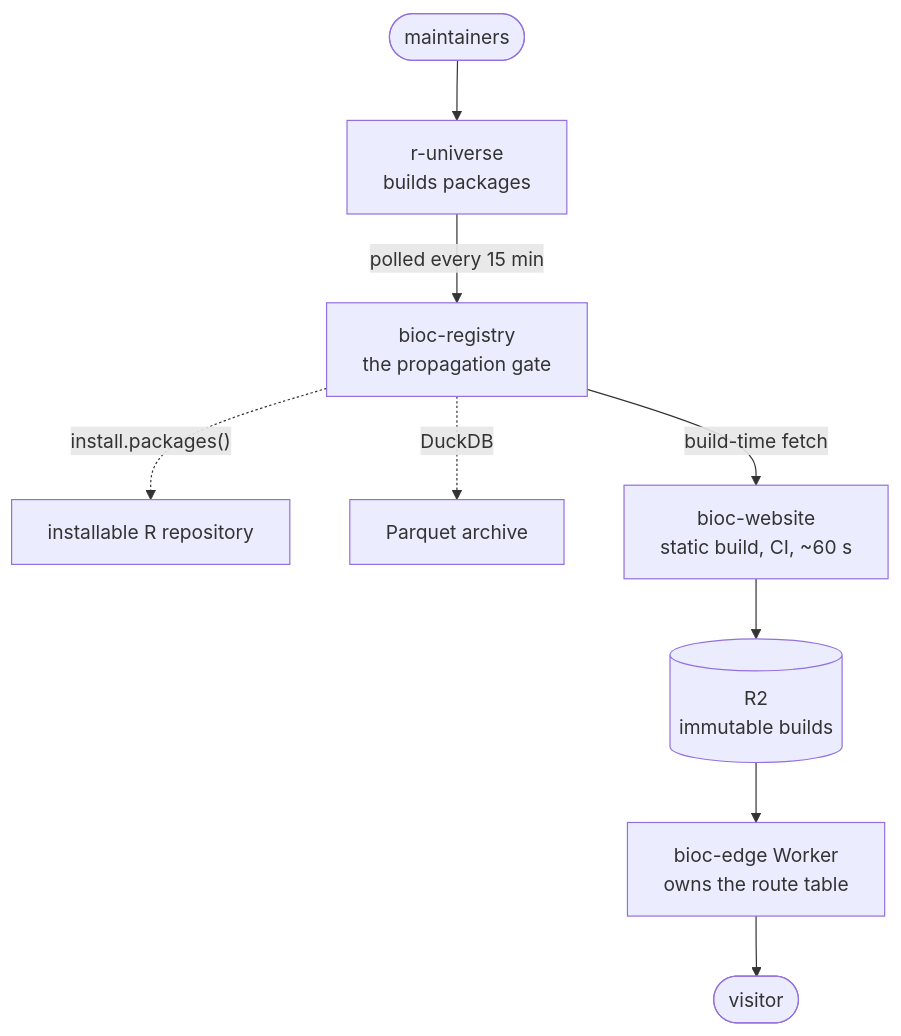
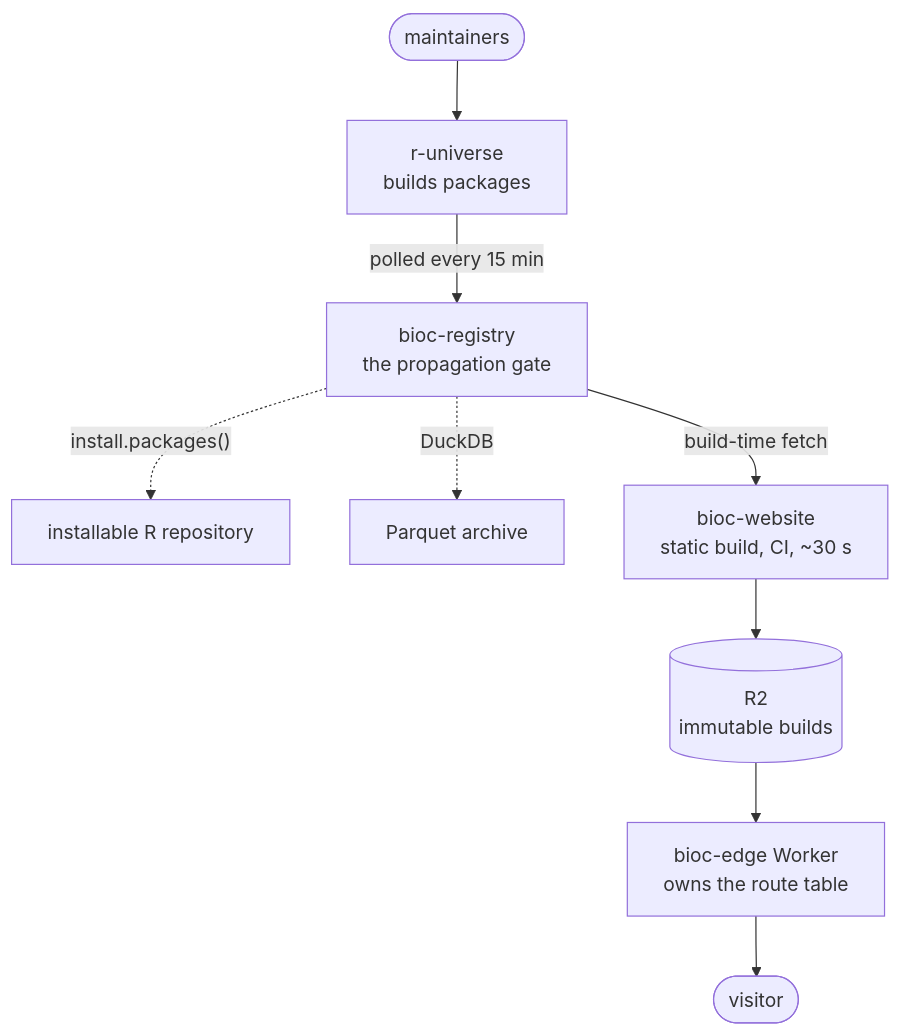
Before and after one commit to seandavi/bioc-infrastructure: the diagram in index.qmd, drawn with Mermaid. The commit also changed other lines of this file and 8 other files, not shown here.

````diff
--- a/index.qmd
+++ b/index.qmd
@@ -55,11 +58,11 @@
 ```{mermaid}
 flowchart TB
   m(["maintainers"]) --> ru["r-universe<br/>builds packages"]
   ru -- "polled every 15 min" --> reg["bioc-registry<br/>the propagation gate"]
   reg -. "install.packages()" .-> cran["installable R repository"]
   reg -. "DuckDB" .-> pq["Parquet archive"]
-  reg -- "build-time fetch" --> site["bioc-website<br/>static build, CI, ~60 s"]
+  reg -- "build-time fetch" --> site["bioc-website<br/>static build, CI, ~30 s"]
   site --> r2[("R2<br/>immutable builds")]
   r2 --> wk["bioc-edge Worker<br/>owns the route table"]
   wk --> v(["visitor"])
 ```
````
